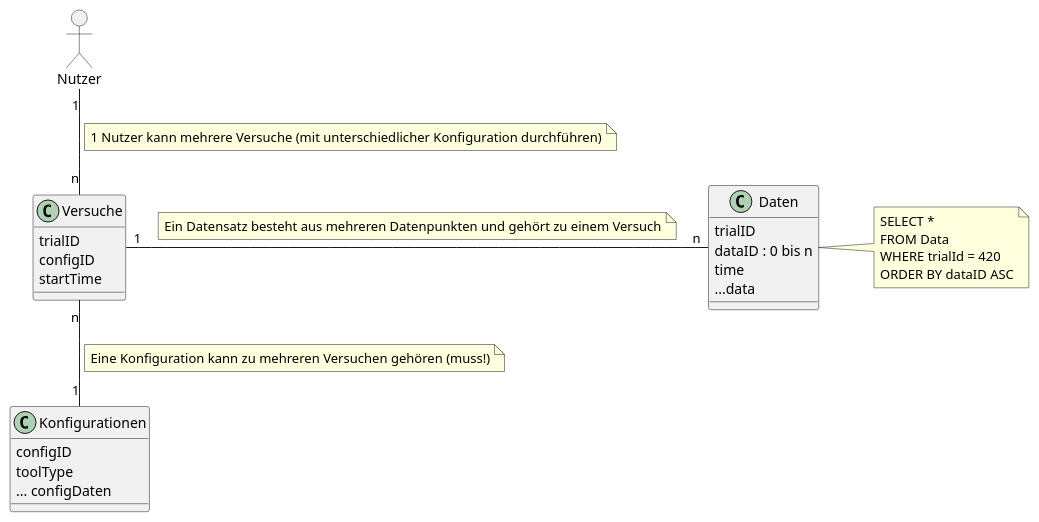
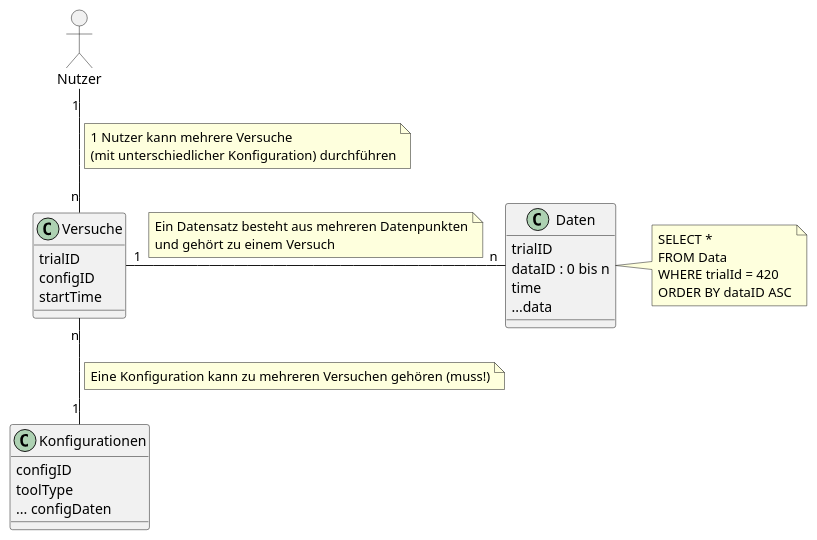
One commit to weichware-10/dokumente changed the diagram in uml-class/sonstige/database.puml. Above: the diagram before and after it, drawn with PlantUML.

Commit message:
[style] notizen formatting

```diff
--- a/uml-class/sonstige/database.puml
+++ b/uml-class/sonstige/database.puml
@@ -1,44 +1,46 @@
 @startuml database
 
 allowmixing
 
 actor "Nutzer" as n
 
 class "Konfigurationen" as k {
     configID
     toolType
     ... configDaten
 }
 class "Versuche" as v {
     trialID
     configID
     startTime
 }
 
 class "Daten" as d {
     trialID
     dataID : 0 bis n
     time
     ...data
 }
 
 n "1" -- "n" v
 note on link
-    1 Nutzer kann mehrere Versuche (mit unterschiedlicher Konfiguration durchführen)
+    1 Nutzer kann mehrere Versuche
+    (mit unterschiedlicher Konfiguration) durchführen
 end note
 v "1" -r- "n" d
 note on link
-    Ein Datensatz besteht aus mehreren Datenpunkten und gehört zu einem Versuch
+    Ein Datensatz besteht aus mehreren Datenpunkten
+    und gehört zu einem Versuch
 end note
 v "n" -- "1" k
 note on link
     Eine Konfiguration kann zu mehreren Versuchen gehören (muss!)
 end note
 
 note right of d
     SELECT *
     FROM Data
     WHERE trialId = 420
     ORDER BY dataID ASC
 end note
 @enduml
```
